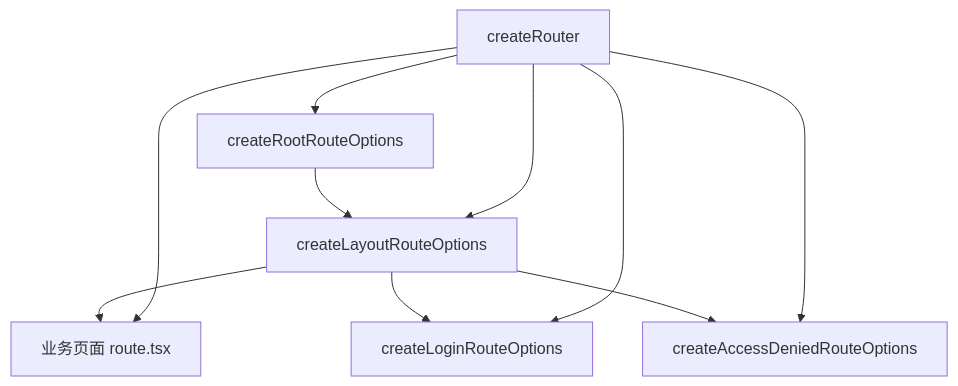
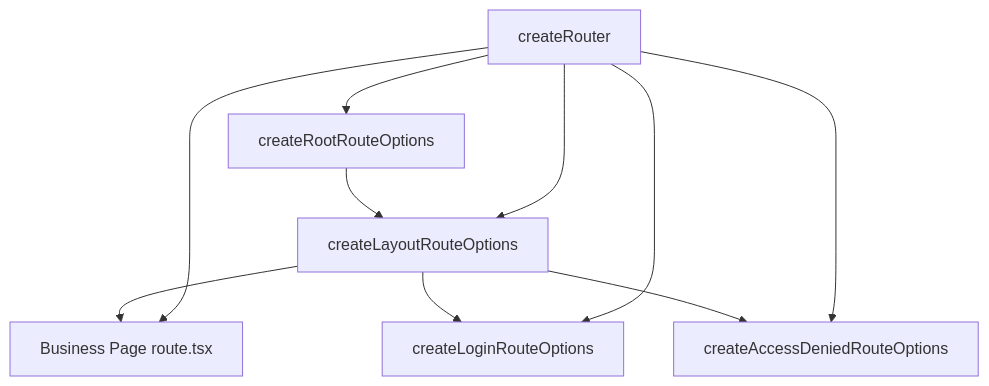
One commit to coldsmirk/vef-framework-react-docs changed the diagram in i18n/zh-Hans/docusaurus-plugin-content-docs/current/guide/routing.md. Above: the diagram before and after it, drawn with Mermaid. The commit also changed other lines of this file and 416 other files, not shown here.

````diff
--- a/i18n/zh-Hans/docusaurus-plugin-content-docs/current/guide/routing.md
+++ b/i18n/zh-Hans/docusaurus-plugin-content-docs/current/guide/routing.md
@@ -20,12 +20,12 @@
 ```mermaid
 flowchart TD
     A[createRootRouteOptions] --> B[createLayoutRouteOptions]
-    B --> C[业务页面 route.tsx]
+    B --> C[Business Page route.tsx]
     B --> D[createLoginRouteOptions]
     B --> E[createAccessDeniedRouteOptions]
     F[createRouter] --> A
     F --> B
     F --> C
     F --> D
     F --> E
 ```
````
